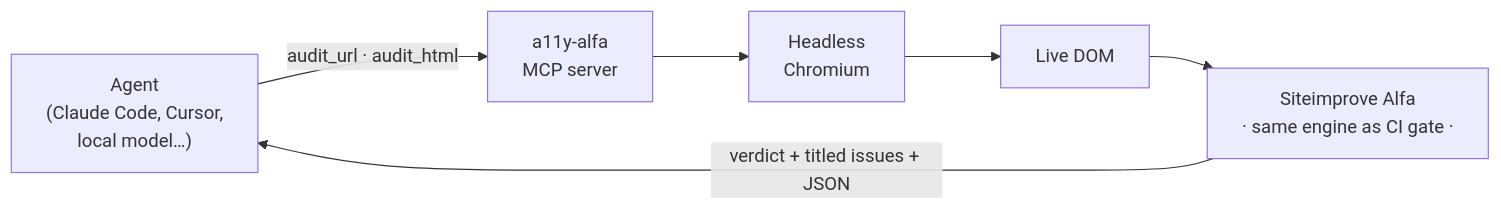
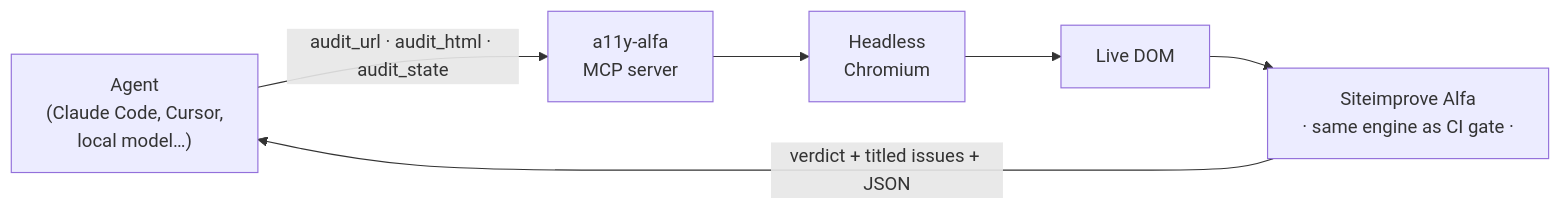
The diagram in a11y-mcp/README.md (lsa-mis/a11ytestingCICD), drawn with Mermaid before and after one commit. The commit also changed other lines of this file and 4 other files, not shown here.

First line of the commit message:
feat(a11y-mcp): add audit_state tool for auditing interactive states

````diff
--- a/a11y-mcp/README.md
+++ b/a11y-mcp/README.md
@@ -24,6 +24,6 @@
 ```mermaid
 flowchart LR
-    A["Agent<br/>(Claude Code, Cursor,<br/>local model…)"] -->|"audit_url · audit_html"| M["a11y-alfa<br/>MCP server"]
+    A["Agent<br/>(Claude Code, Cursor,<br/>local model…)"] -->|"audit_url · audit_html · audit_state"| M["a11y-alfa<br/>MCP server"]
     M --> B["Headless<br/>Chromium"] --> D["Live DOM"] --> E["Siteimprove Alfa<br/>· same engine as CI gate ·"]
     E -->|"verdict + titled issues + JSON"| A
 ```
````
